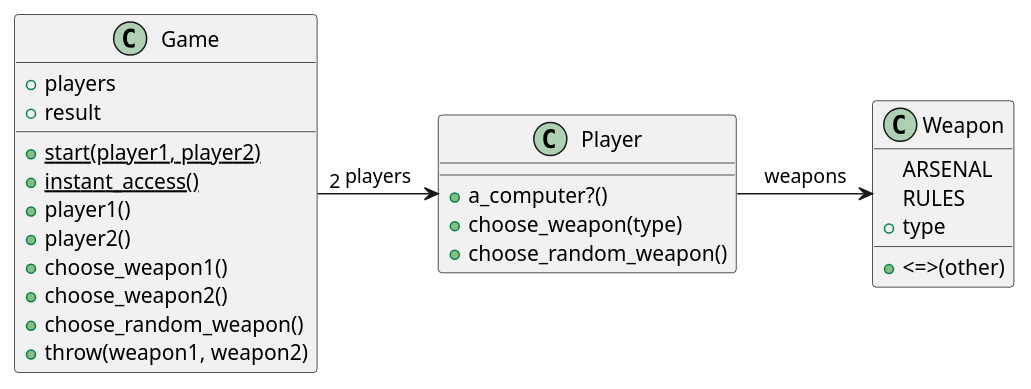
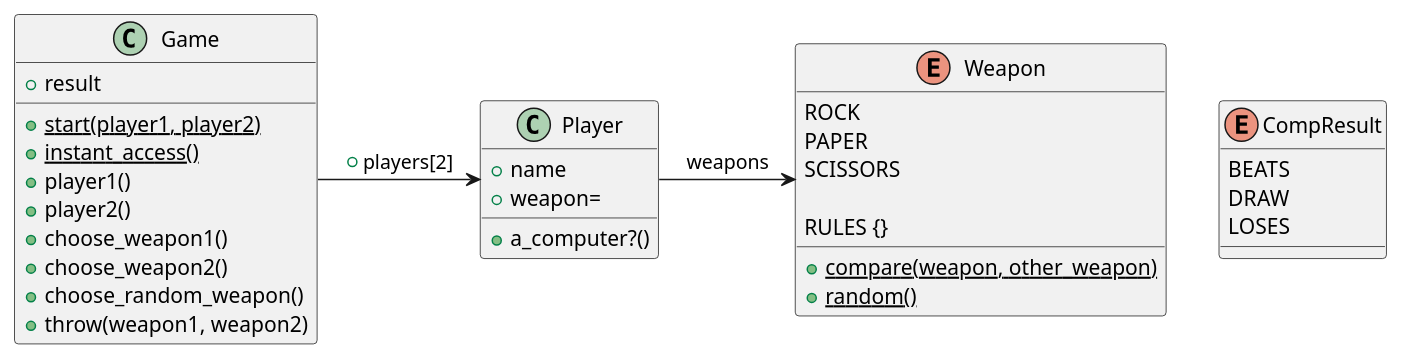
Before and after one commit to meta-morpho-sys/rps-challenge: the diagram in diagram.puml, drawn with PlantUML.

Commit message:
Diagram updated for Player and Weapon classes.

```diff
--- a/diagram.puml
+++ b/diagram.puml
@@ -1,32 +1,40 @@
 @startuml
 
 class Player {
+    +name
+    +weapon=
     +a_computer?()
-    +choose_weapon(type)
-    +choose_random_weapon()
 }
 
-class Weapon {
-    ARSENAL
-    RULES
-    +type
-    +<=>(other)
+enum CompResult {
+    BEATS
+    DRAW
+    LOSES
+}
+
+enum Weapon {
+    ROCK
+    PAPER
+    SCISSORS
+
+    RULES {}
+    +{static} compare(weapon, other_weapon)
+    +{static} random()
 }
 
 class Game {
-    +players
     +result
     +{static} start(player1, player2)
     +{static} instant_access()
     +player1()
     +player2()
     +choose_weapon1()
     +choose_weapon2()
     +choose_random_weapon()
     +throw(weapon1, weapon2)
 }
 
-Game -> Player :"2" players
+Game -> Player : +players[2]
 Player -> Weapon : weapons
 
 @enduml
```
